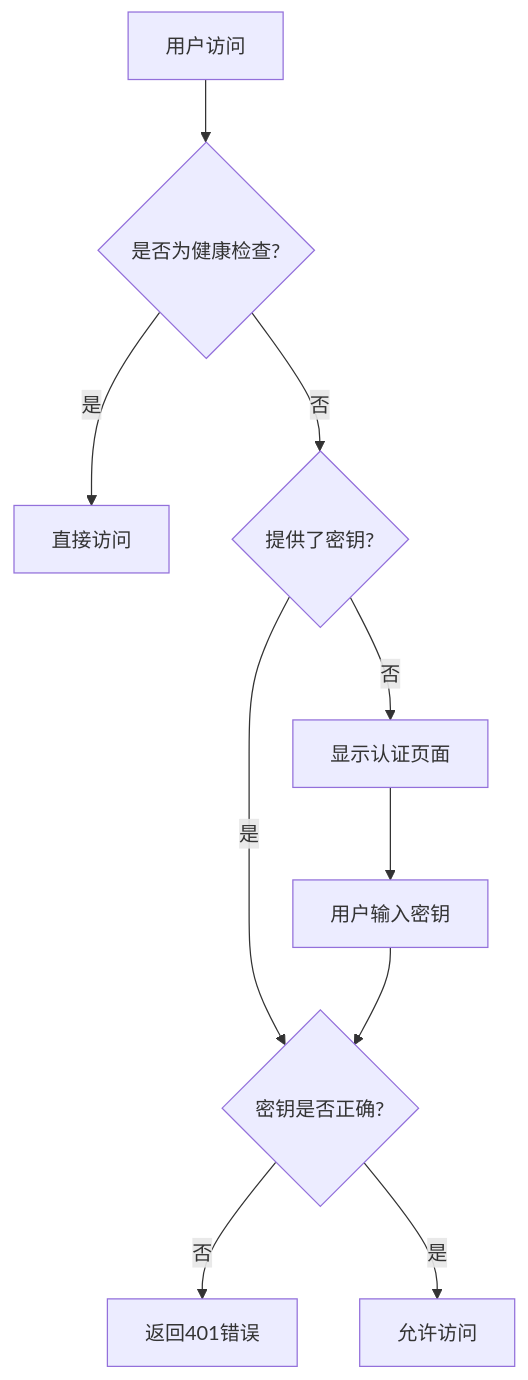
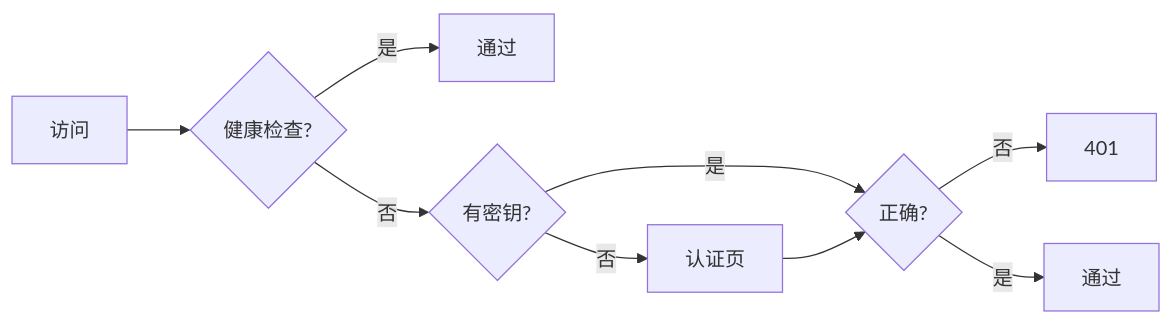
The diagram in README.md (BenedictKing/claude-proxy), drawn with Mermaid before and after one commit. The commit also changed other lines of this file, not shown here.

Commit message:
docs: 缩小认证流程图和添加渠道配图尺寸
- 认证流程改为横向布局并简化节点文字
- 添加渠道配图限制宽度为 500px

````diff
--- a/README.md
+++ b/README.md
@@ -299,12 +299,11 @@
 ```mermaid
-flowchart TD
-    A[用户访问] --> B{是否为健康检查?}
-    B -->|是| C[直接访问]
-    B -->|否| D{提供了密钥?}
-    D -->|否| E[显示认证页面]
-    D -->|是| F{密钥是否正确?}
-    F -->|否| G[返回401错误]
-    F -->|是| H[允许访问]
-    E --> I[用户输入密钥]
-    I --> F
+flowchart LR
+    A[访问] --> B{健康检查?}
+    B -->|是| C[通过]
+    B -->|否| D{有密钥?}
+    D -->|否| E[认证页]
+    D -->|是| F{正确?}
+    F -->|否| G[401]
+    F -->|是| H[通过]
+    E --> F
 ```
````
